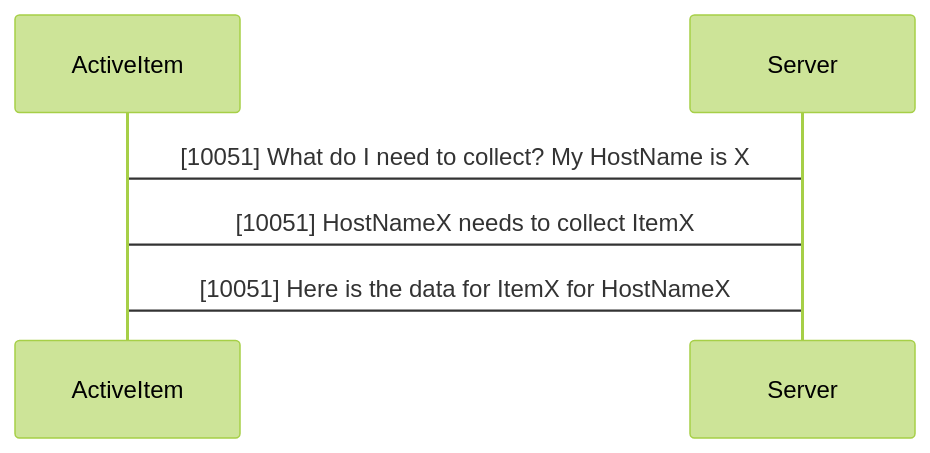
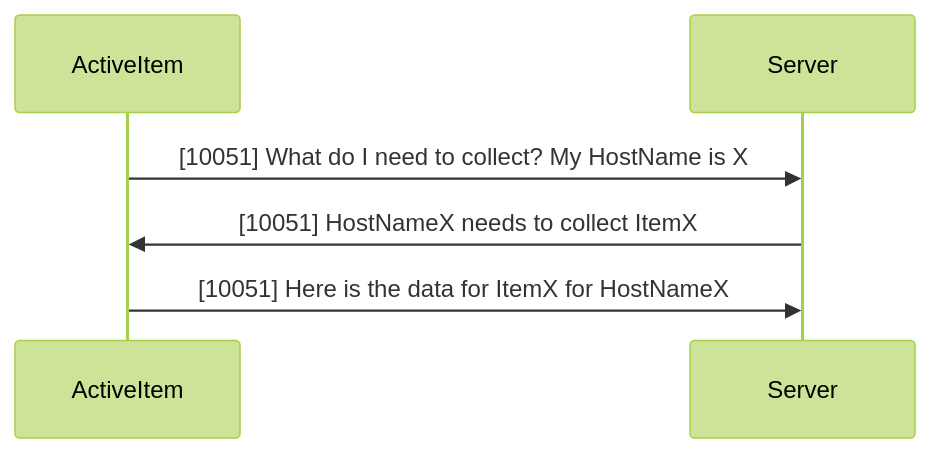
One commit to UnicodeTreason/LibraryofAlexandria changed the second of 2 diagrams in zabbix.md. Above: the diagram before and after it, drawn with Mermaid (forest theme).

````diff
--- a/zabbix.md
+++ b/zabbix.md
@@ -25,6 +25,6 @@
 ```mermaid
   sequenceDiagram
-    ActiveItem->Server: [10051] What do I need to collect? My HostName is X
-    Server->ActiveItem: [10051] HostNameX needs to collect ItemX
-    ActiveItem->Server: [10051] Here is the data for ItemX for HostNameX  
+    ActiveItem->>Server: [10051] What do I need to collect? My HostName is X
+    Server->>ActiveItem: [10051] HostNameX needs to collect ItemX
+    ActiveItem->>Server: [10051] Here is the data for ItemX for HostNameX  
 ```
````
